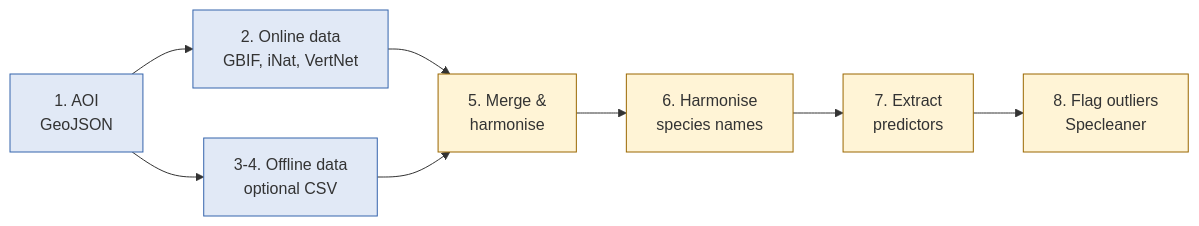
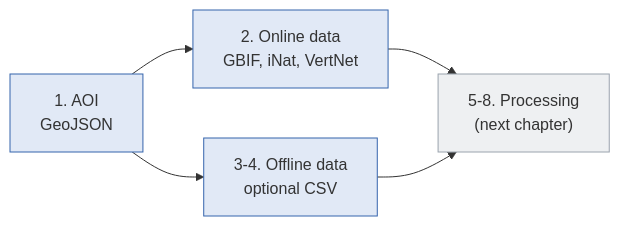
Before and after one commit to Mehrad1994/AquaINFRA_Training_Handbooks: the diagram in docs/trainings/pan-european-use-case/07_workflow_acquisition.md, drawn with Mermaid. The commit also changed other lines of this file and 37 other files, not shown here.

````diff
--- a/docs/trainings/pan-european-use-case/07_workflow_acquisition.md
+++ b/docs/trainings/pan-european-use-case/07_workflow_acquisition.md
@@ -37,18 +20,11 @@
 ```mermaid
 flowchart LR
     A["1. AOI<br/>GeoJSON"] --> B["2. Online data<br/>GBIF, iNat, VertNet"]
     A --> C["3-4. Offline data<br/>optional CSV"]
-    B --> M["5. Merge &<br/>harmonise"]
+    B --> M["5-8. Processing<br/>(next chapter)"]
     C --> M
-    M --> N["6. Harmonise<br/>species names"]
-    N --> O["7. Extract<br/>predictors"]
-    O --> P["8. Flag outliers<br/>Specleaner"]
-
     style A fill:#e1e9f6,stroke:#3564AC
     style B fill:#e1e9f6,stroke:#3564AC
     style C fill:#e1e9f6,stroke:#3564AC
-    style M fill:#fff4d6,stroke:#9a6700
-    style N fill:#fff4d6,stroke:#9a6700
-    style O fill:#fff4d6,stroke:#9a6700
-    style P fill:#fff4d6,stroke:#9a6700
+    style M fill:#eef0f2,stroke:#9aa3ad
 ```
````
